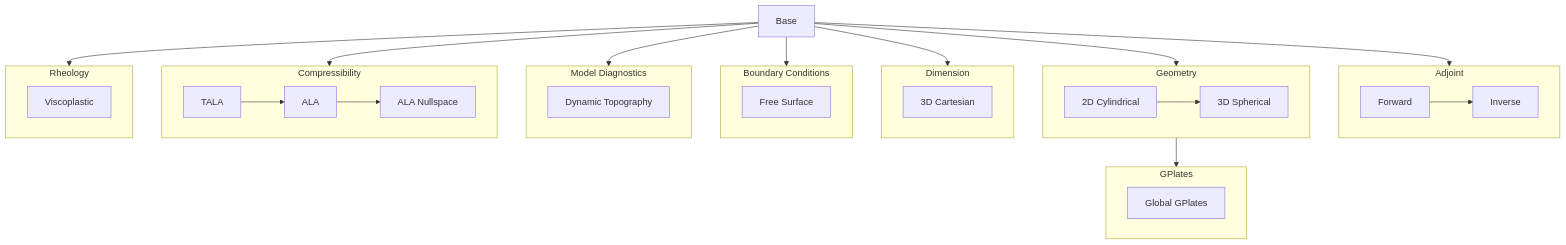
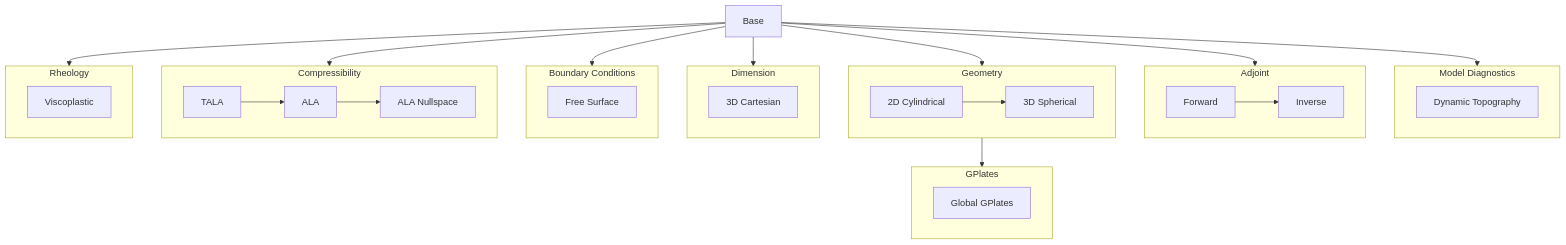
One commit to g-adopt/g-adopt changed the diagram in demos/.diagram.mermaid. Above: the diagram before and after it, drawn with Mermaid.

Commit message:
Our Lady Mermaid

```diff
--- a/demos/.diagram.mermaid
+++ b/demos/.diagram.mermaid
@@ -1,56 +1,57 @@
 graph TD
   base[Base]
+
+  subgraph model_diagnostics[Model Diagnostics]
+  dynamic_topography[Dynamic Topography]
+  end
 
   subgraph adjoint[Adjoint]
   adjoint_forward[Forward] --> inverse[Inverse]
   end
 
   subgraph geometry[Geometry]
   cylindrical_2d[2D Cylindrical] --> spherical_3d[3D Spherical]
   end
 
   subgraph gplates[GPlates]
   gplates_global["Global GPlates"]
   end
 
   subgraph dimension[Dimension]
   cartesian_3d[3D Cartesian]
   end
 
   subgraph bcs[Boundary Conditions]
   free_surface[Free Surface]
-  end
-
-  subgraph model_diagnostics[Model Diagnostics]
-  dynamic_topography[Dynamic Topography]
   end
 
   subgraph compressibility[Compressibility]
   tala[TALA] --> ala[ALA] --> visualise_ala[ALA Nullspace]
   end
 
   subgraph rheology[Rheology]
   viscoplastic[Viscoplastic]
   end
 
   base --> dimension
   base --> compressibility
   base --> rheology
   base --> geometry
   base --> bcs
   base --> adjoint
   base --> model_diagnostics
   geometry --> gplates
 
   click base "mantle_convection/base_case"
   click tala "mantle_convection/2d_compressible_TALA"
   click ala "mantle_convection/2d_compressible_ALA"
   click visualise_ala "mantle_convection/visualise_ALA_p_nullspace"
   click viscoplastic "mantle_convection/viscoplastic_case"
   click cartesian_3d "mantle_convection/3d_cartesian"
   click cylindrical_2d "mantle_convection/2d_cylindrical"
   click spherical_3d "mantle_convection/3d_spherical"
   click gplates_global "mantle_convection/gplates_global"
   click adjoint_forward "mantle_convection/adjoint_forward"
   click inverse "mantle_convection/adjoint"
   click free_surface "mantle_convection/free_surface"
+  click dynamic_topography "mantle_convection/dynamic_topography"
```
